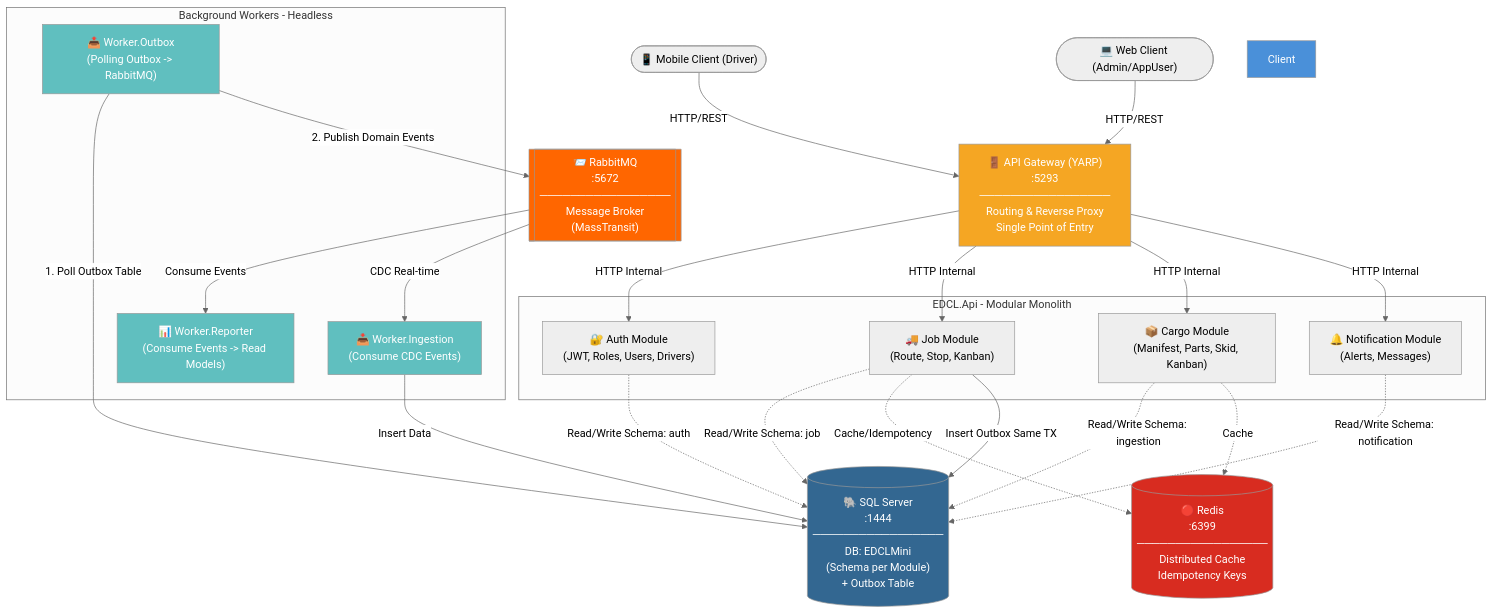
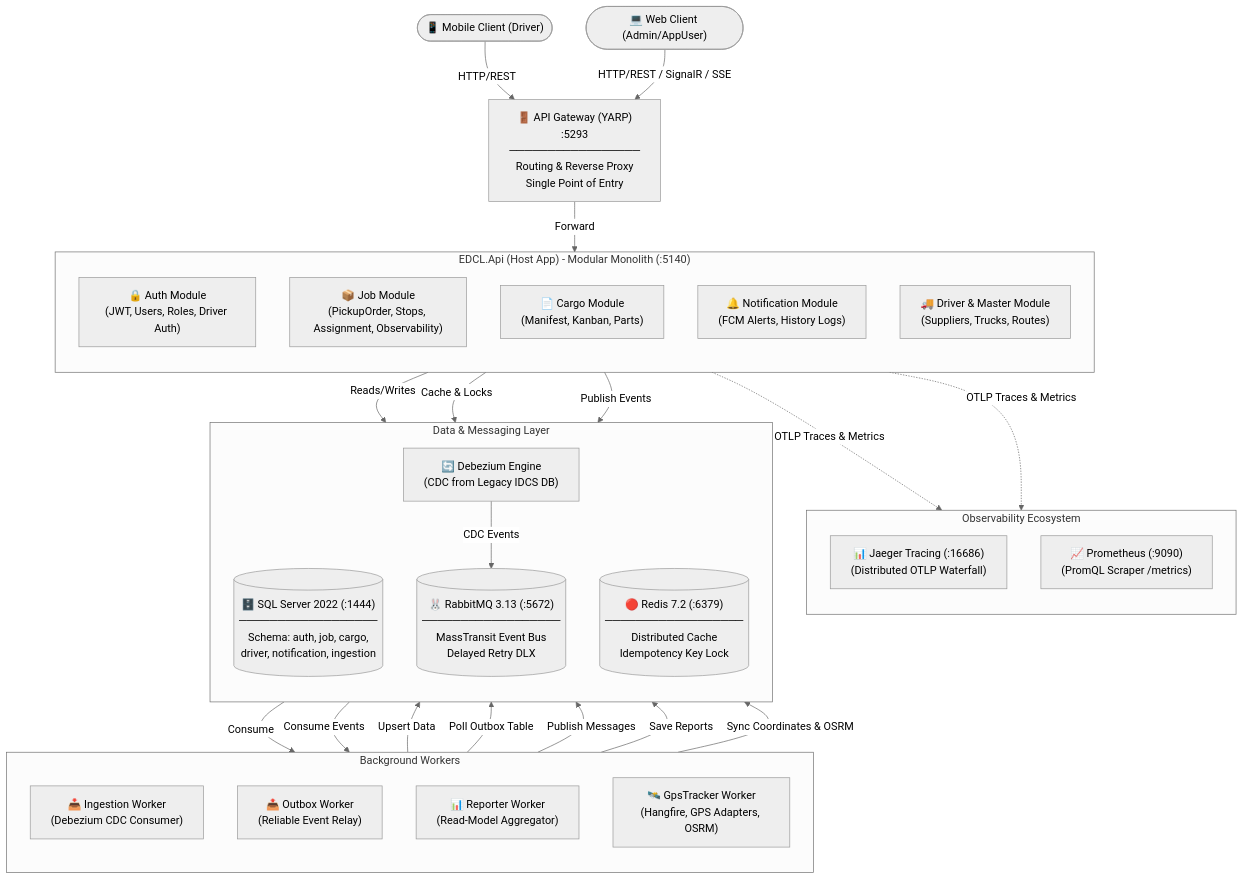
The diagram in docs/architecture/architecture-overview.md (odealidj/minione-edcl-net), drawn with Mermaid (neutral theme) before and after one commit. The commit also changed other lines of this file and 1 other file, not shown here.

Commit message:
docs: update HANDOFF, architecture overview, web UI mapping, and talking points with Observability and Testing suites

````diff
--- a/docs/architecture/architecture-overview.md
+++ b/docs/architecture/architecture-overview.md
@@ -11,60 +13,58 @@
 ```mermaid
 graph TD
     DriverClient(["📱 Mobile Client (Driver)"])
     WebClient(["💻 Web Client (Admin/AppUser)"])
     Gateway["🚪 API Gateway (YARP)\n:5293\n─────────────────\nRouting & Reverse Proxy\nSingle Point of Entry"]
-    
-    subgraph API_Monolith [EDCL.Api - Modular Monolith]
-        Auth["🔐 Auth Module\n(JWT, Roles, Users, Drivers)"]
-        Job["🚚 Job Module\n(Route, Stop, Kanban)"]
-        Cargo["📦 Cargo Module\n(Manifest, Parts, Skid, Kanban)"]
-        Notif["🔔 Notification Module\n(Alerts, Messages)"]
-    end
-    
-    SQL[("🐘 SQL Server\n:1444\n─────────────────\nDB: EDCLMini\n(Schema per Module)\n+ Outbox Table")]
-    Redis[("🔴 Redis\n:6399\n─────────────────\nDistributed Cache\nIdempotency Keys")]
-    RabbitMQ[["📨 RabbitMQ\n:5672\n─────────────────\nMessage Broker\n(MassTransit)"]]
-    
-    subgraph Background_Workers [Background Workers - Headless]
-        W_Ingest["📥 Worker.Ingestion\n(Consume CDC Events)"]
-        W_Outbox["📤 Worker.Outbox\n(Polling Outbox -> RabbitMQ)"]
-        W_Report["📊 Worker.Reporter\n(Consume Events -> Read Models)"]
+
+    subgraph Host ["EDCL.Api (Host App) - Modular Monolith (:5140)"]
+        direction TB
+        AuthModule["🔒 Auth Module\n(JWT, Users, Roles, Driver Auth)"]
+        JobModule["📦 Job Module\n(PickupOrder, Stops, Assignment, Observability)"]
+        CargoModule["📄 Cargo Module\n(Manifest, Kanban, Parts)"]
+        NotificationModule["🔔 Notification Module\n(FCM Alerts, History Logs)"]
+        DriverModule["🚚 Driver & Master Module\n(Suppliers, Trucks, Routes)"]
     end
 
-    %% Client Interactions
+    subgraph Workers ["Background Workers"]
+        direction TB
+        WorkerIngestion["📥 Ingestion Worker\n(Debezium CDC Consumer)"]
+        WorkerOutbox["📤 Outbox Worker\n(Reliable Event Relay)"]
+        WorkerReporter["📊 Reporter Worker\n(Read-Model Aggregator)"]
+        WorkerGpsTracker["🛰️ GpsTracker Worker\n(Hangfire, GPS Adapters, OSRM)"]
+    end
+
+    subgraph Observability ["Observability Ecosystem"]
+        direction TB
+        Jaeger["📊 Jaeger Tracing (:16686)\n(Distributed OTLP Waterfall)"]
+        Prometheus["📈 Prometheus (:9090)\n(PromQL Scraper /metrics)"]
+    end
+
+    subgraph Infrastructure ["Data & Messaging Layer"]
+        direction TB
+        SQLServer[("🗄️ SQL Server 2022 (:1444)\n──────────────────\nSchema: auth, job, cargo,\ndriver, notification, ingestion")]
+        Redis[("🔴 Redis 7.2 (:6379)\n──────────────────\nDistributed Cache\nIdempotency Key Lock")]
+        RabbitMQ[("🐰 RabbitMQ 3.13 (:5672)\n──────────────────\nMassTransit Event Bus\nDelayed Retry DLX")]
+        Debezium["🔄 Debezium Engine\n(CDC from Legacy IDCS DB)"]
+    end
+
     DriverClient -->|HTTP/REST| Gateway
-    WebClient -->|HTTP/REST| Gateway
-    Gateway -->|"HTTP Internal"| Auth
-    Gateway -->|"HTTP Internal"| Job
-    Gateway -->|"HTTP Internal"| Cargo
-    Gateway -->|"HTTP Internal"| Notif
+    WebClient -->|HTTP/REST / SignalR / SSE| Gateway
+    Gateway -->|Forward| Host
 
-    %% Module DB Interactions (Strict Boundaries, No Cross-Schema FKs)
-    Auth -.->|Read/Write Schema: auth| SQL
-    Job -.->|Read/Write Schema: job| SQL
-    Cargo -.->|Read/Write Schema: ingestion| SQL
-    Notif -.->|Read/Write Schema: notification| SQL
+    Host -->|Reads/Writes| SQLServer
+    Host -->|Cache & Locks| Redis
+    Host -->|Publish Events| RabbitMQ
+    Host -.->|OTLP Traces & Metrics| Jaeger & Prometheus
 
-    %% Cache & Idempotency
-    Job -.->|Cache/Idempotency| Redis
-    Cargo -.->|Cache| Redis
+    Debezium -->|CDC Events| RabbitMQ
+    RabbitMQ -->|Consume| WorkerIngestion
+    WorkerIngestion -->|Upsert Data| SQLServer
 
-    %% Outbox & Event Publishing
-    Job -->|Insert Outbox Same TX| SQL
-    W_Outbox -->|1. Poll Outbox Table| SQL
-    W_Outbox -->|2. Publish Domain Events| RabbitMQ
-    
-    %% Event Consumption & Integration
-    RabbitMQ -->|Consume Events| W_Report
-    RabbitMQ -->|CDC Real-time| W_Ingest
-    W_Ingest -->|Insert Data| SQL
-    
-    style Client fill:#4A90D9,color:#fff
-    style Gateway fill:#F5A623,color:#fff
-    style SQL fill:#336791,color:#fff
-    style Redis fill:#D82C20,color:#fff
-    style RabbitMQ fill:#FF6600,color:#fff
-    style W_Ingest fill:#60BFBF,color:#fff
-    style W_Outbox fill:#60BFBF,color:#fff
-    style W_Report fill:#60BFBF,color:#fff
+    WorkerOutbox -->|Poll Outbox Table| SQLServer
+    WorkerOutbox -->|Publish Messages| RabbitMQ
+
+    RabbitMQ -->|Consume Events| WorkerReporter
+    WorkerReporter -->|Save Reports| SQLServer
+
+    WorkerGpsTracker -->|Sync Coordinates & OSRM| SQLServer
 ```
````
